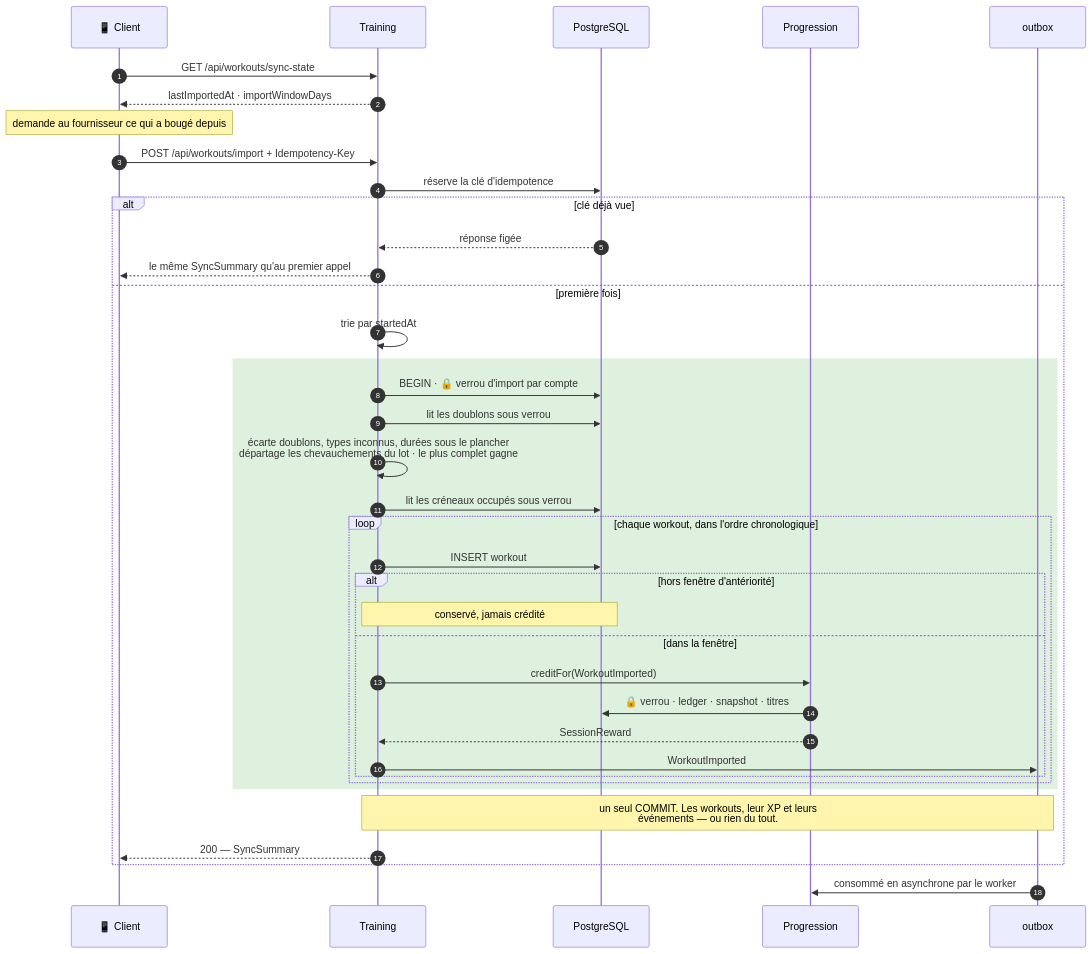
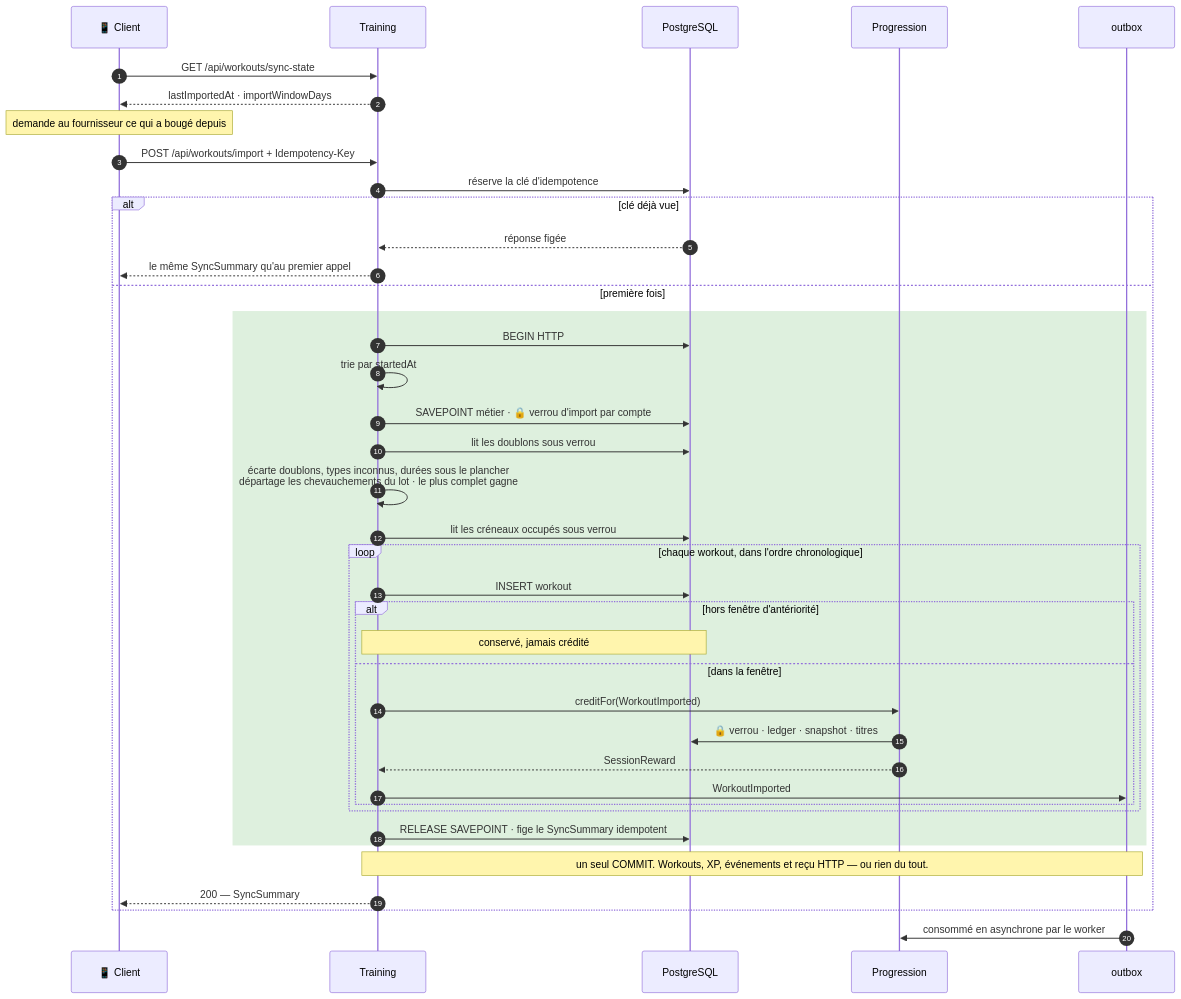
One commit to younesdiouri/grrind-back changed the fifth of 14 diagrams in ARCHITECTURE.md. Above: the diagram before and after it, drawn with Mermaid. The commit also changed other lines of this file and 6 other files, not shown here.

Commit message:
fix(shared): commettre le reçu idempotent avec l’action (#366)

````diff
--- a/ARCHITECTURE.md
+++ b/ARCHITECTURE.md
@@ -158,43 +158,45 @@
 ```mermaid
 sequenceDiagram
     autonumber
     participant C as 📱 Client
     participant T as Training
     participant DB as PostgreSQL
     participant P as Progression
     participant OB as outbox
 
     C->>T: GET /api/workouts/sync-state
     T-->>C: lastImportedAt · importWindowDays
     Note over C: demande au fournisseur ce qui a bougé depuis
 
     C->>T: POST /api/workouts/import + Idempotency-Key
     T->>DB: réserve la clé d'idempotence
     alt clé déjà vue
         DB-->>T: réponse figée
         T-->>C: le même SyncSummary qu'au premier appel
     else première fois
-        T->>T: trie par startedAt
         rect rgb(222,240,222)
-            T->>DB: BEGIN · 🔒 verrou d'import par compte
+            T->>DB: BEGIN HTTP
+            T->>T: trie par startedAt
+            T->>DB: SAVEPOINT métier · 🔒 verrou d'import par compte
             T->>DB: lit les doublons sous verrou
             T->>T: écarte doublons, types inconnus, durées sous le plancher<br/>départage les chevauchements du lot · le plus complet gagne
             T->>DB: lit les créneaux occupés sous verrou
             loop chaque workout, dans l'ordre chronologique
                 T->>DB: INSERT workout
                 alt hors fenêtre d'antériorité
                     Note over T,DB: conservé, jamais crédité
                 else dans la fenêtre
                     T->>P: creditFor(WorkoutImported)
                     P->>DB: 🔒 verrou · ledger · snapshot · titres
                     P-->>T: SessionReward
                     T->>OB: WorkoutImported
                 end
             end
+            T->>DB: RELEASE SAVEPOINT · fige le SyncSummary idempotent
         end
-        Note over T,OB: un seul COMMIT. Les workouts, leur XP et leurs<br/>événements — ou rien du tout.
+        Note over T,OB: un seul COMMIT. Workouts, XP, événements et reçu HTTP — ou rien du tout.
         T-->>C: 200 — SyncSummary
     end
 
     OB->>P: consommé en asynchrone par le worker
 ```
````
